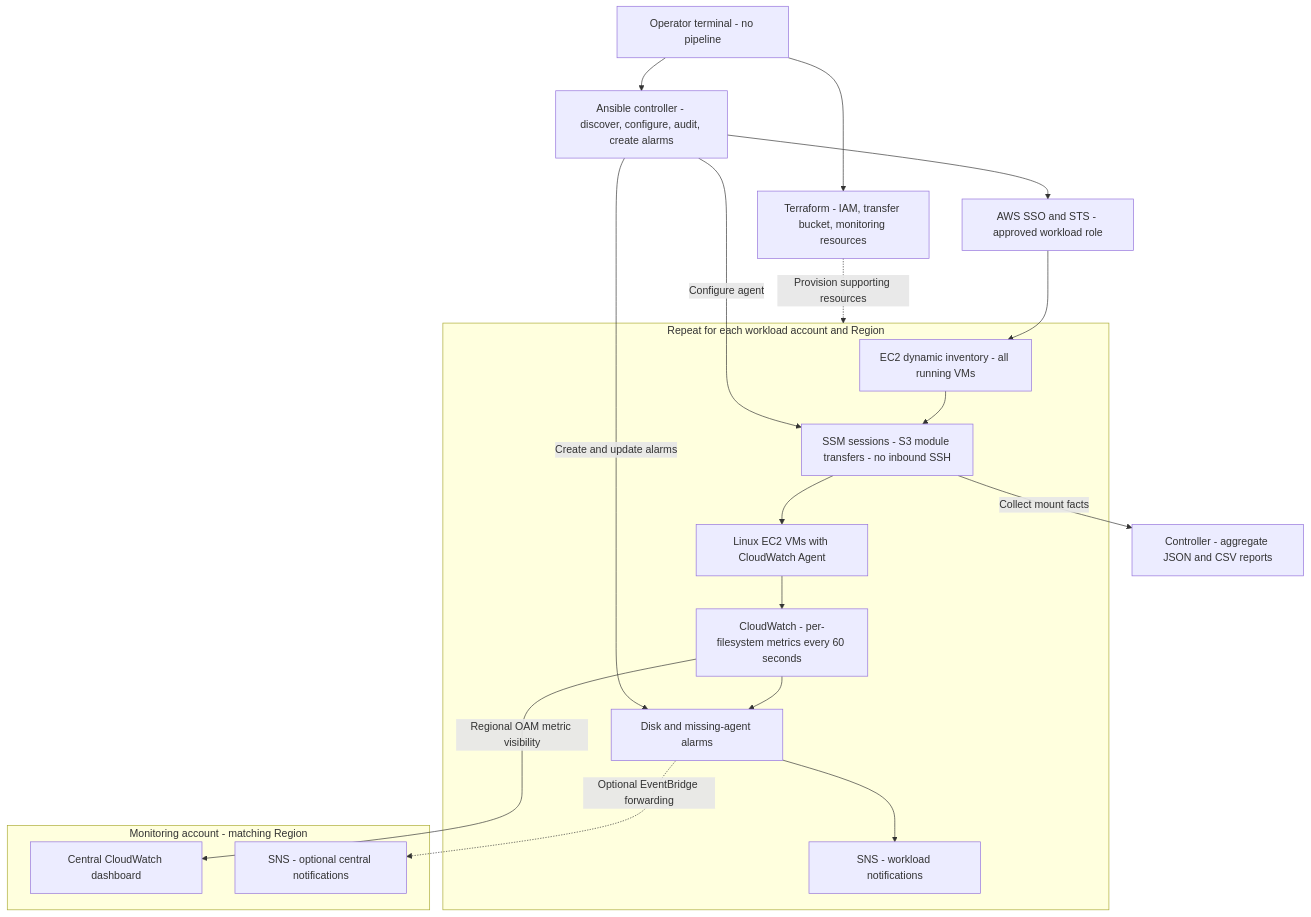
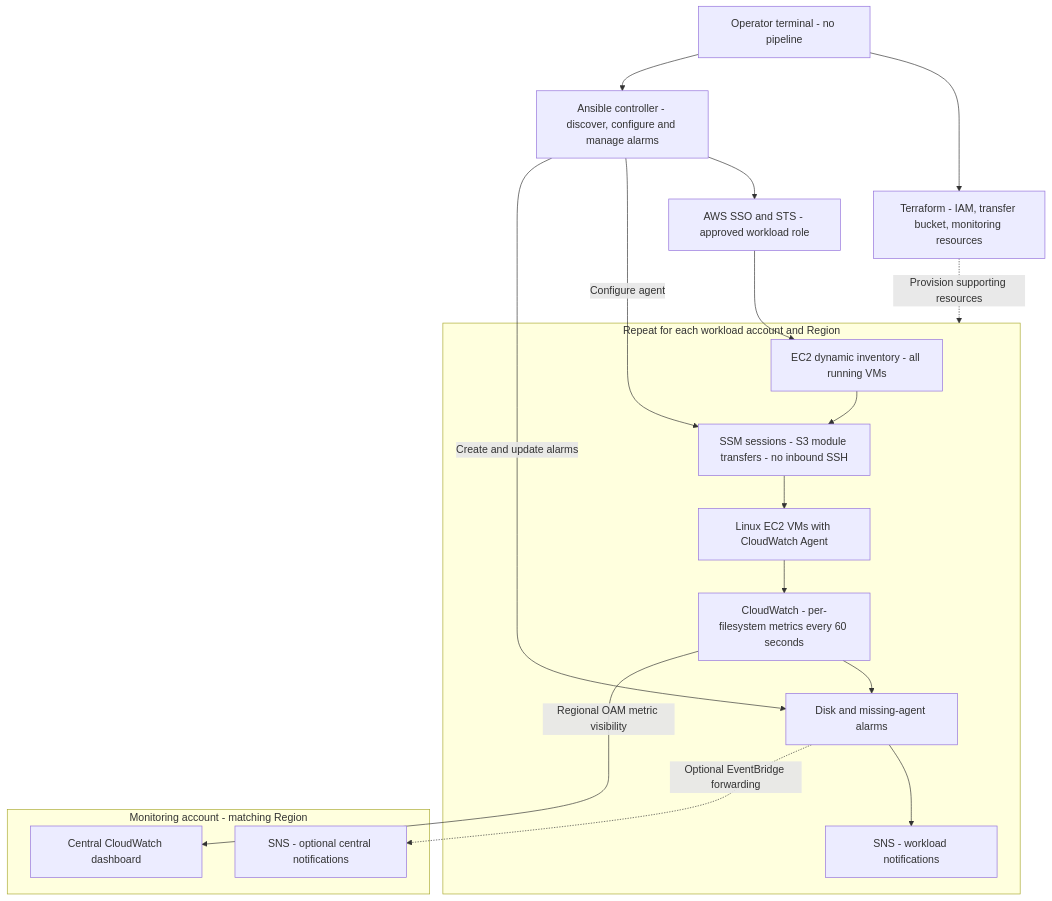
Before and after one commit to vishalchandol/Lucidity_task: the first of 2 diagrams in docs/architecture.md, drawn with Mermaid. The commit also changed other lines of this file and 35 other files, not shown here.

````diff
--- a/docs/architecture.md
+++ b/docs/architecture.md
@@ -5,34 +5,33 @@
 ```mermaid
 flowchart TB
 	terminal[Operator terminal - no pipeline]
 	terraform[Terraform - IAM, transfer bucket, monitoring resources]
-	ansible[Ansible controller - discover, configure, audit, create alarms]
+	ansible[Ansible controller - discover, configure and manage alarms]
 	identity[AWS SSO and STS - approved workload role]
 	terminal --> terraform
 	terminal --> ansible
 	ansible --> identity
 
 	subgraph workload[Repeat for each workload account and Region]
 		discovery[EC2 dynamic inventory - all running VMs]
 		access[SSM sessions - S3 module transfers - no inbound SSH]
 		instances[Linux EC2 VMs with CloudWatch Agent]
 		metrics[CloudWatch - per-filesystem metrics every 60 seconds]
 		alarms[Disk and missing-agent alarms]
 		local[SNS - workload notifications]
 		discovery --> access --> instances
 		instances --> metrics --> alarms --> local
 	end
 
 	identity --> discovery
 	ansible -->|Configure agent| access
 	ansible -->|Create and update alarms| alarms
-	access -->|Collect mount facts| report[Controller - aggregate JSON and CSV reports]
 	terraform -.->|Provision supporting resources| workload
 
 	subgraph monitoring[Monitoring account - matching Region]
 		dashboard[Central CloudWatch dashboard]
 		central[SNS - optional central notifications]
 	end
 	metrics -->|Regional OAM metric visibility| dashboard
 	alarms -.->|Optional EventBridge forwarding| central
 ```
````
